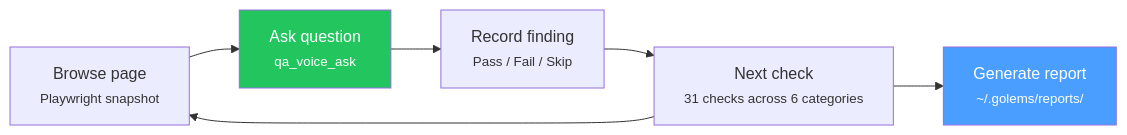
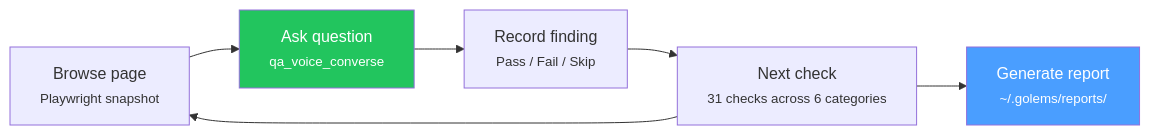
The third of 5 diagrams in packages/dashboard/content/docs/golems/qa-voice.md (naeemkhan3starjee079-spec/golems), drawn with Mermaid before and after one commit. The commit also changed other lines of this file and 13 other files, not shown here.

````diff
--- a/packages/dashboard/content/docs/golems/qa-voice.md
+++ b/packages/dashboard/content/docs/golems/qa-voice.md
@@ -76,11 +84,11 @@
 ```mermaid
 flowchart LR
-    B["Browse page<br/><small>Playwright snapshot</small>"] --> A["Ask question<br/><small>qa_voice_ask</small>"]
+    B["Browse page<br/><small>Playwright snapshot</small>"] --> A["Ask question<br/><small>qa_voice_converse</small>"]
     A --> R["Record finding<br/><small>Pass / Fail / Skip</small>"]
     R --> N["Next check<br/><small>31 checks across 6 categories</small>"]
     N --> B
     N --> REP["Generate report<br/><small>~/.golems/reports/</small>"]
 
     style A fill:#22c55e,color:#fff
     style REP fill:#4a9eff,color:#fff
 ```
````
